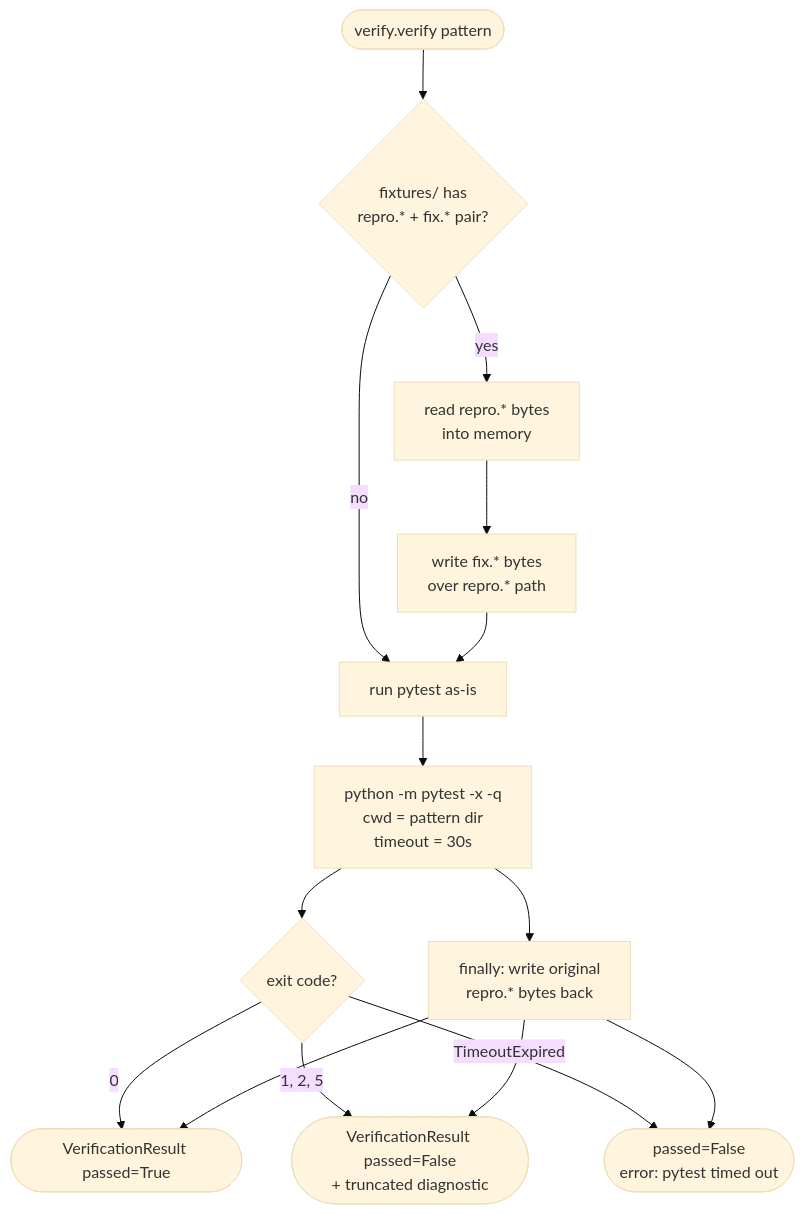
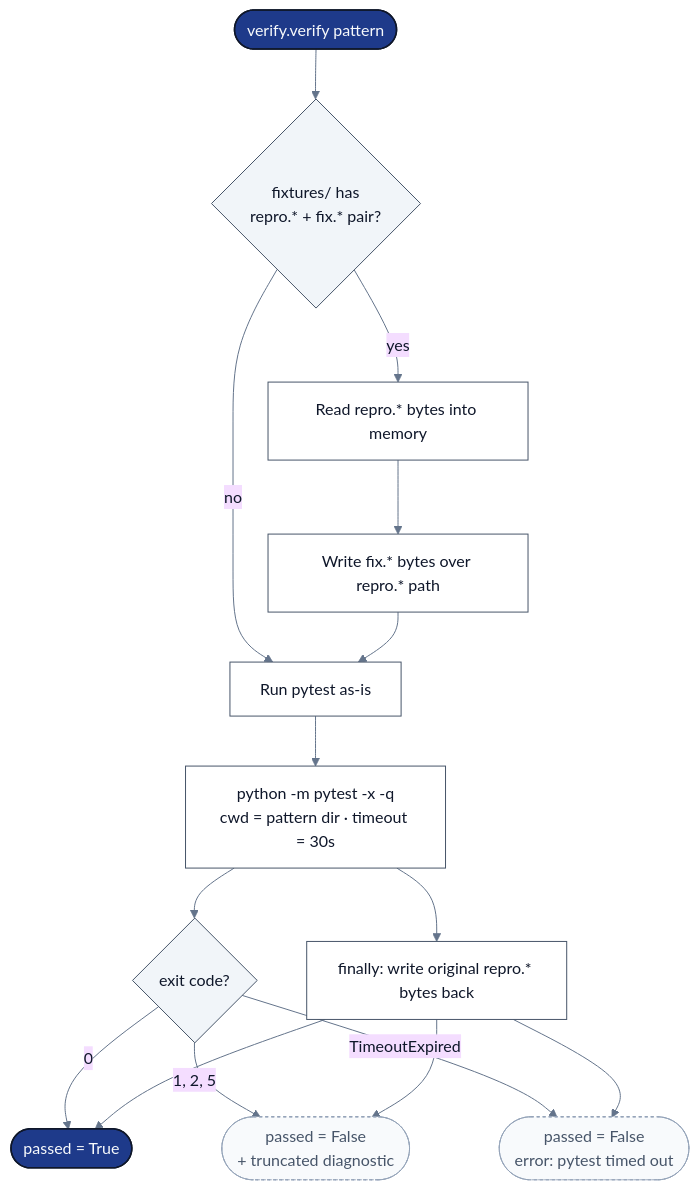
The seventh of 14 diagrams in README.md (viditkbhatnagar/immunize), drawn with Mermaid before and after one commit. The commit also changed other lines of this file, not shown here.

First line of the commit message:
Redesign README mermaid diagrams with corporate styling

````diff
--- a/README.md
+++ b/README.md
@@ -327,18 +362,23 @@
 ```mermaid
-%%{init: {'theme':'base'}}%%
+%%{init: {'theme':'base', 'themeVariables': {'fontFamily':'Inter, system-ui, -apple-system, sans-serif', 'primaryTextColor':'#0f172a', 'lineColor':'#64748b'}}}%%
 flowchart TB
-    Start([verify.verify pattern]) --> Has{fixtures/ has<br/>repro.* + fix.* pair?}
-    Has -->|no| Run[run pytest as-is]
-    Has -->|yes| Backup[read repro.* bytes<br/>into memory]
-    Backup --> Swap[write fix.* bytes<br/>over repro.* path]
+    classDef step fill:#ffffff,stroke:#475569,stroke-width:1px,color:#0f172a
+    classDef gate fill:#f1f5f9,stroke:#475569,stroke-width:1px,color:#0f172a
+    classDef ok fill:#1e3a8a,stroke:#0f172a,stroke-width:1.5px,color:#f8fafc
+    classDef bad fill:#f8fafc,stroke:#94a3b8,color:#475569,stroke-dasharray:3 3
+
+    Start(["verify.verify pattern"]):::ok --> Has{"fixtures/ has<br/>repro.* + fix.* pair?"}:::gate
+    Has -- no --> Run["Run pytest as-is"]:::step
+    Has -- yes --> Backup["Read repro.* bytes into memory"]:::step
+    Backup --> Swap["Write fix.* bytes over repro.* path"]:::step
     Swap --> Run
-    Run --> Sub[python -m pytest -x -q<br/>cwd = pattern dir<br/>timeout = 30s]
-    Sub --> Code{exit code?}
-    Code -->|0| Pass([VerificationResult passed=True])
-    Code -->|1, 2, 5| Fail([VerificationResult passed=False<br/>+ truncated diagnostic])
-    Code -->|TimeoutExpired| TO([passed=False<br/>error: pytest timed out])
-    Sub --> Restore[finally: write original<br/>repro.* bytes back]
+    Run --> Sub["python -m pytest -x -q<br/>cwd = pattern dir · timeout = 30s"]:::step
+    Sub --> Code{"exit code?"}:::gate
+    Code -- "0" --> Pass(["passed = True"]):::ok
+    Code -- "1, 2, 5" --> Fail(["passed = False<br/>+ truncated diagnostic"]):::bad
+    Code -- "TimeoutExpired" --> TO(["passed = False<br/>error: pytest timed out"]):::bad
+    Sub --> Restore["finally: write original repro.* bytes back"]:::step
     Restore --> Pass
     Restore --> Fail
     Restore --> TO
 ```
````
